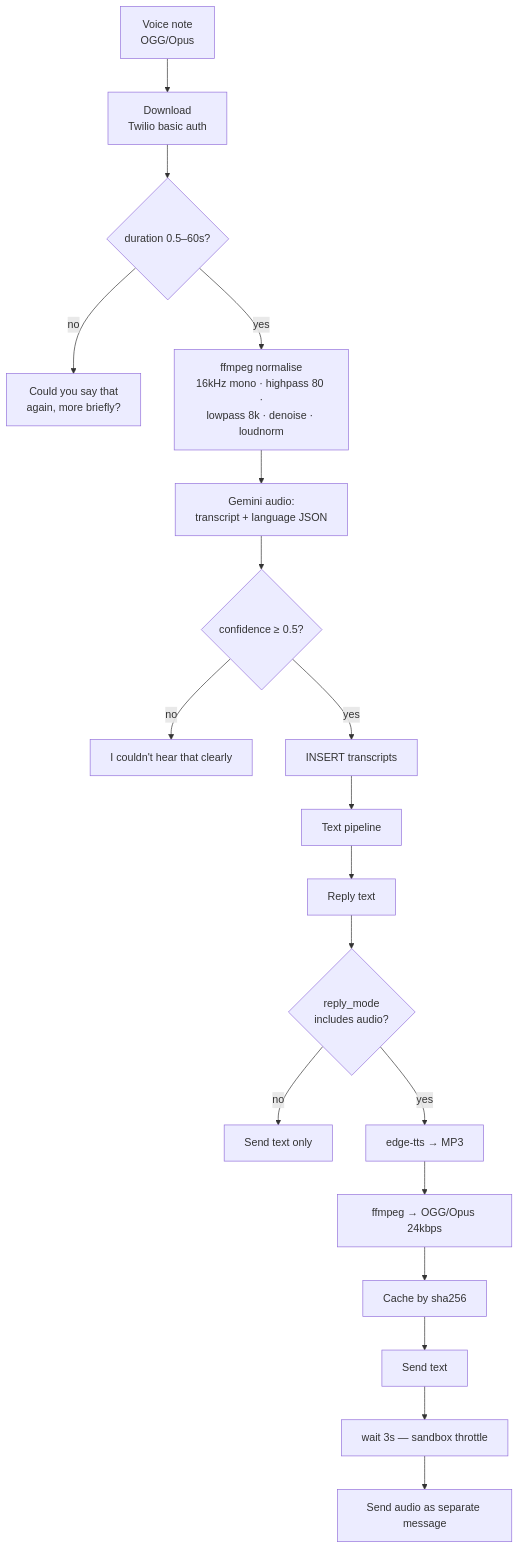
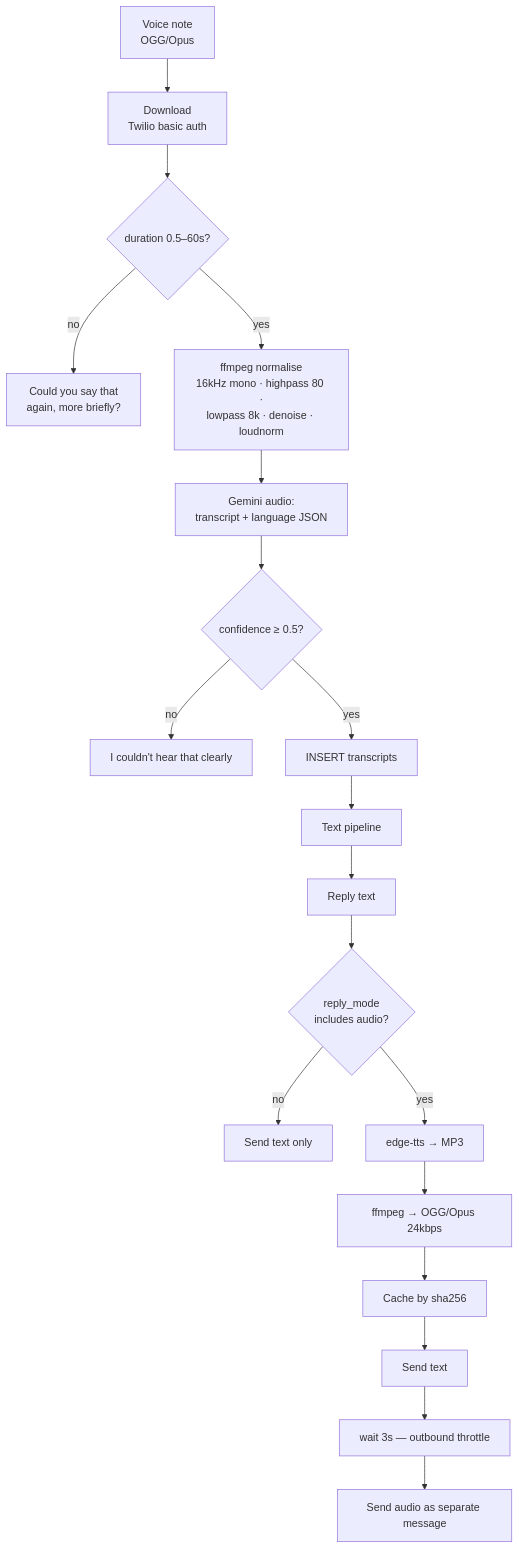
One commit to ksajayar/Tencent-Hackathon-Team-ZEUS changed the fourth of 12 diagrams in docs/15-diagrams.md. Above: the diagram before and after it, drawn with Mermaid. The commit also changed other lines of this file and 43 other files, not shown here.

````diff
--- a/docs/15-diagrams.md
+++ b/docs/15-diagrams.md
@@ -135,21 +135,21 @@
 ```mermaid
 flowchart TD
     A[Voice note<br/>OGG/Opus] --> B[Download<br/>Twilio basic auth]
     B --> C{duration 0.5–60s?}
     C -->|no| Z["Could you say that<br/>again, more briefly?"]
     C -->|yes| D["ffmpeg normalise<br/>16kHz mono · highpass 80 ·<br/>lowpass 8k · denoise · loudnorm"]
     D --> E[Gemini audio:<br/>transcript + language JSON]
     E --> F{confidence ≥ 0.5?}
     F -->|no| Y["I couldn't hear that clearly"]
     F -->|yes| G[INSERT transcripts]
     G --> H[Text pipeline]
     H --> I[Reply text]
     I --> J{reply_mode<br/>includes audio?}
     J -->|no| K[Send text only]
     J -->|yes| L[edge-tts → MP3]
     L --> M[ffmpeg → OGG/Opus 24kbps]
     M --> N[Cache by sha256]
     N --> O[Send text]
-    O --> P[wait 3s — sandbox throttle]
+    O --> P[wait 3s — outbound throttle]
     P --> Q[Send audio as separate message]
 ```
````
